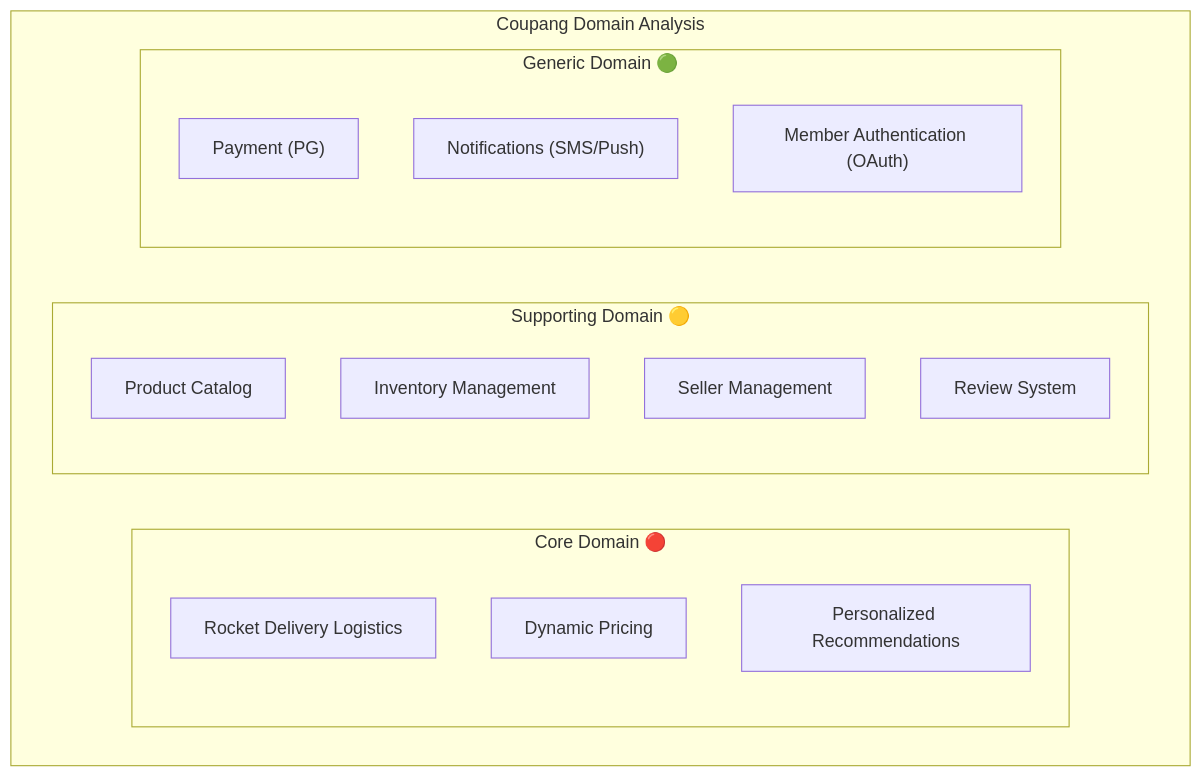
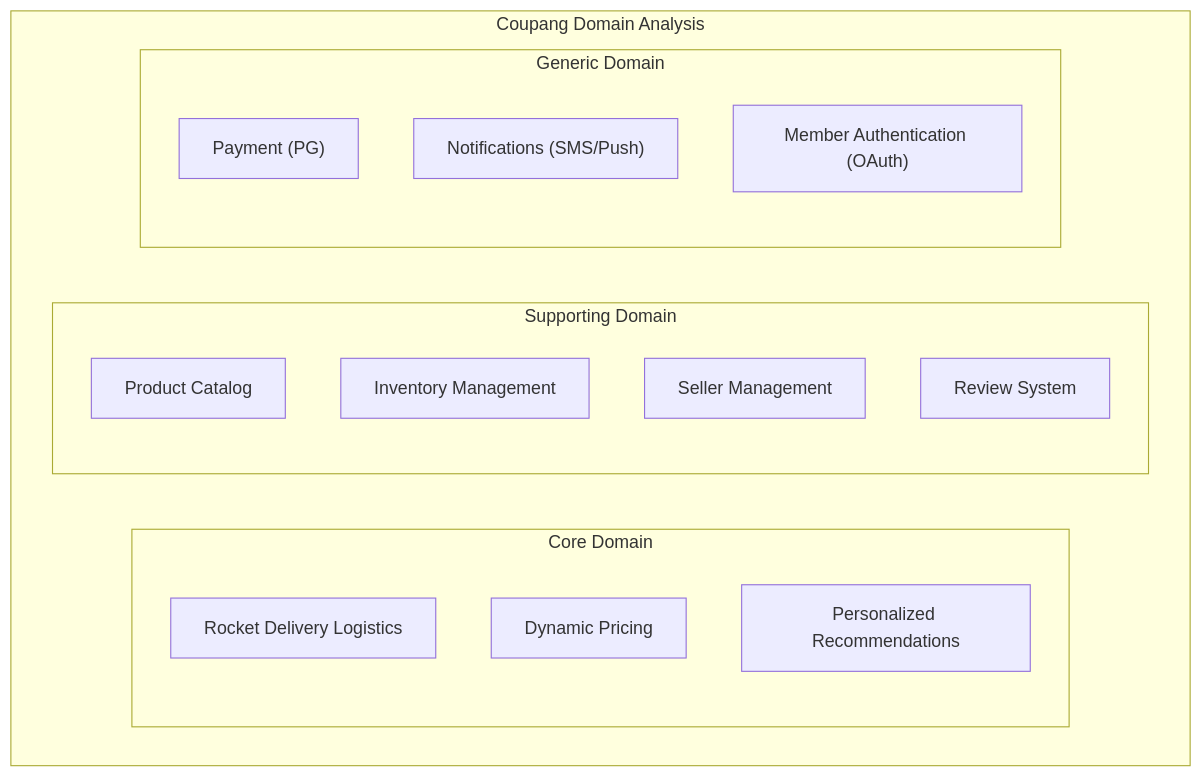
Before and after one commit to advanced-beginner/advanced-beginner.github.io: the third of 18 diagrams in content/en/docs/ddd/concepts/strategic-design.md, drawn with Mermaid. The commit also changed other lines of this file and 26 other files, not shown here.

````diff
--- a/content/en/docs/ddd/concepts/strategic-design.md
+++ b/content/en/docs/ddd/concepts/strategic-design.md
@@ -75,23 +94,23 @@
 ```mermaid
 flowchart TB
     subgraph Coupang["Coupang Domain Analysis"]
-        subgraph Core["Core Domain 🔴"]
+        subgraph Core["Core Domain"]
             C1["Rocket Delivery Logistics"]
             C2["Dynamic Pricing"]
             C3["Personalized Recommendations"]
         end
 
-        subgraph Supporting["Supporting Domain 🟡"]
+        subgraph Supporting["Supporting Domain"]
             S1["Product Catalog"]
             S2["Inventory Management"]
             S3["Seller Management"]
             S4["Review System"]
         end
 
-        subgraph Generic["Generic Domain 🟢"]
+        subgraph Generic["Generic Domain"]
             G1["Payment (PG)"]
             G2["Notifications (SMS/Push)"]
             G3["Member Authentication (OAuth)"]
         end
     end
 ```
````
